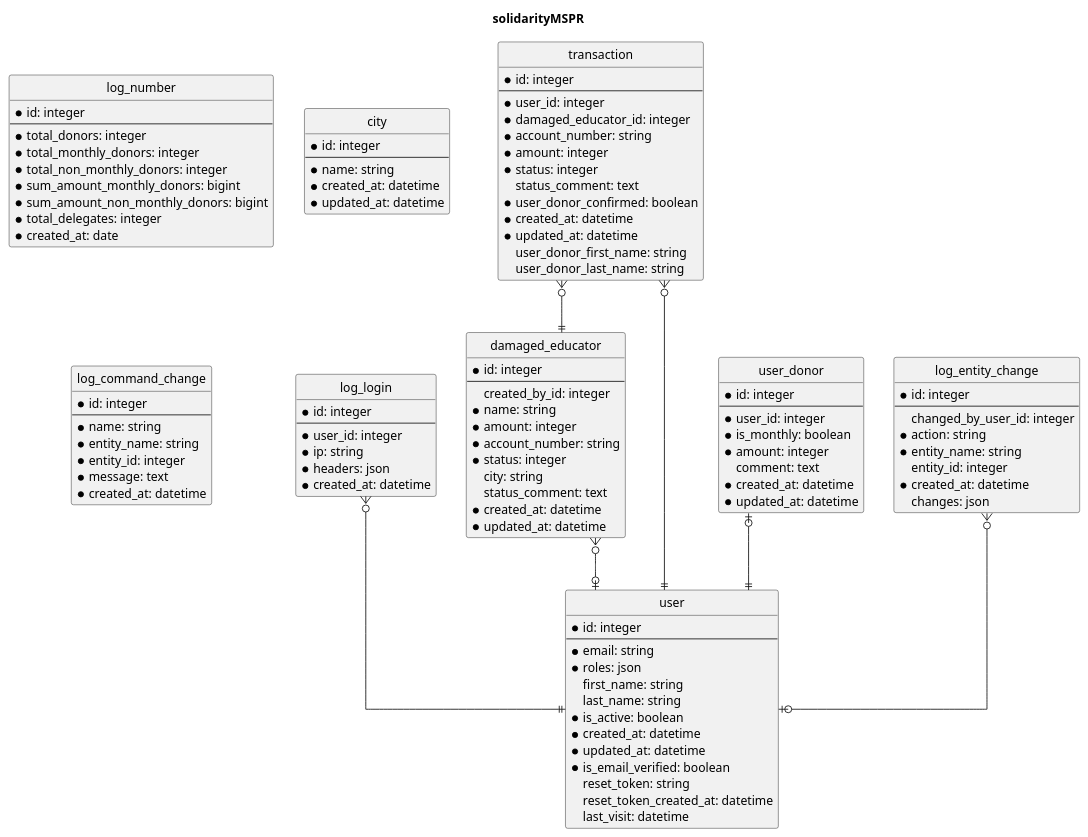
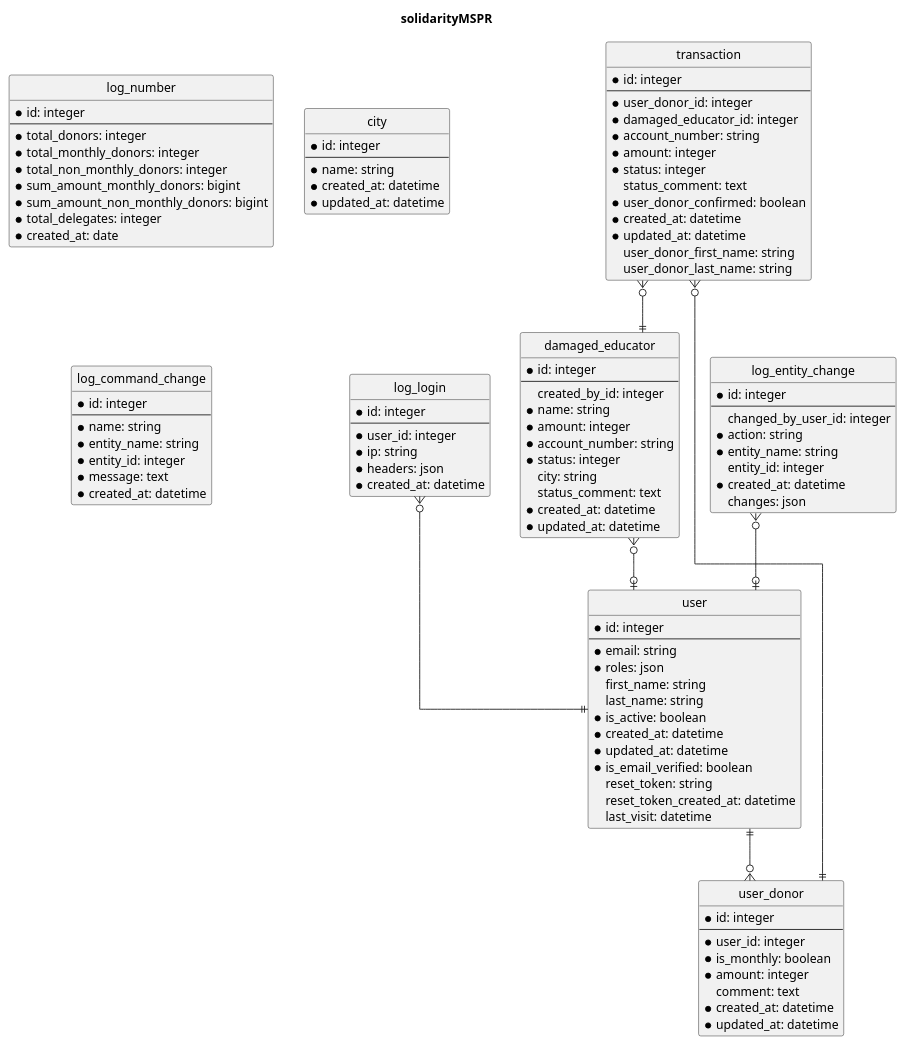
One commit to IT-Srbija-Org/solidarityMSPR changed the diagram in er.puml. Above: the diagram before and after it, drawn with PlantUML.

Commit message:
wip: updated user_donor, user and transaction relations

```diff
--- a/er.puml
+++ b/er.puml
@@ -1,112 +1,112 @@
 @startuml
 hide empty members
 hide circle
 skinparam MinClassWidth 150
 skinparam LineType Ortho
 title solidarityMSPR
 !theme _none_
 entity log_number {
 * id: integer
 --
 * total_donors: integer
 * total_monthly_donors: integer
 * total_non_monthly_donors: integer
 * sum_amount_monthly_donors: bigint
 * sum_amount_non_monthly_donors: bigint
 * total_delegates: integer
 * created_at: date
 }
 entity log_login {
 * id: integer
 --
 * user_id: integer
 * ip: string
 * headers: json
 * created_at: datetime
 }
 entity damaged_educator {
 * id: integer
 --
  created_by_id: integer
 * name: string
 * amount: integer
 * account_number: string
 * status: integer
  city: string
  status_comment: text
 * created_at: datetime
 * updated_at: datetime
 }
 entity city {
 * id: integer
 --
 * name: string
 * created_at: datetime
 * updated_at: datetime
 }
 entity transaction {
 * id: integer
 --
-* user_id: integer
+* user_donor_id: integer
 * damaged_educator_id: integer
 * account_number: string
 * amount: integer
 * status: integer
  status_comment: text
 * user_donor_confirmed: boolean
 * created_at: datetime
 * updated_at: datetime
  user_donor_first_name: string
  user_donor_last_name: string
 }
 entity user_donor {
 * id: integer
 --
 * user_id: integer
 * is_monthly: boolean
 * amount: integer
  comment: text
 * created_at: datetime
 * updated_at: datetime
 }
 entity log_entity_change {
 * id: integer
 --
  changed_by_user_id: integer
 * action: string
 * entity_name: string
  entity_id: integer
 * created_at: datetime
  changes: json
 }
 entity log_command_change {
 * id: integer
 --
 * name: string
 * entity_name: string
 * entity_id: integer
 * message: text
 * created_at: datetime
 }
 entity user {
 * id: integer
 --
 * email: string
 * roles: json
  first_name: string
  last_name: string
 * is_active: boolean
 * created_at: datetime
 * updated_at: datetime
 * is_email_verified: boolean
  reset_token: string
  reset_token_created_at: datetime
  last_visit: datetime
 }
 log_login }o--|| user
 damaged_educator }o--o| user
 transaction }o--|| damaged_educator
-transaction }o--|| user
-user_donor |o--|| user
+transaction }o--|| user_donor
+user ||--o{ user_donor
 log_entity_change }o--o| user
 @enduml
```
